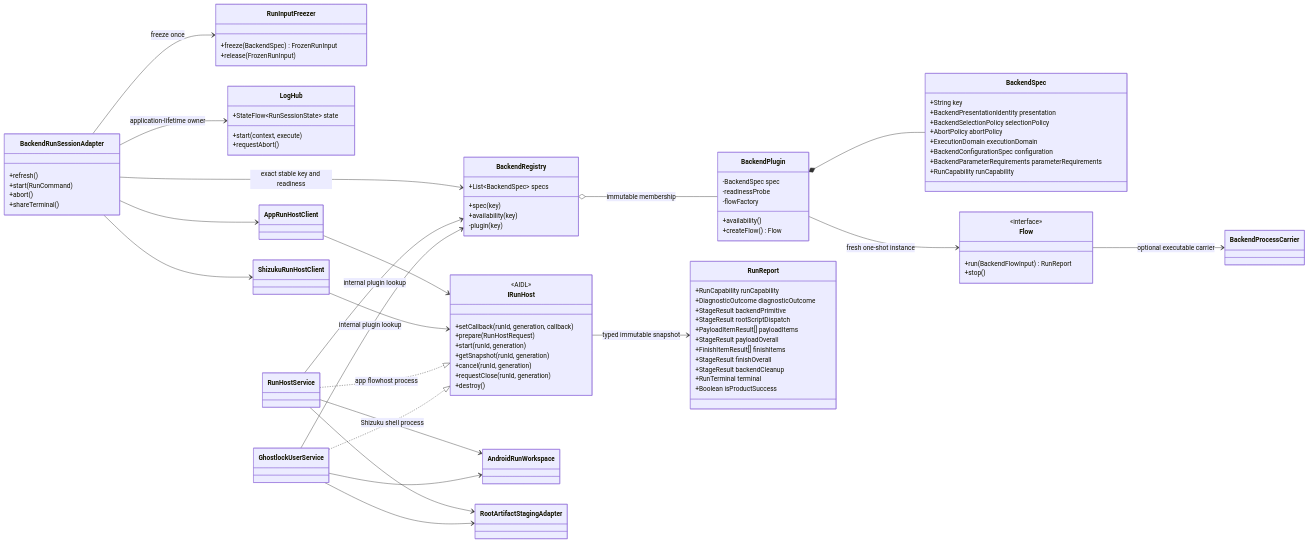
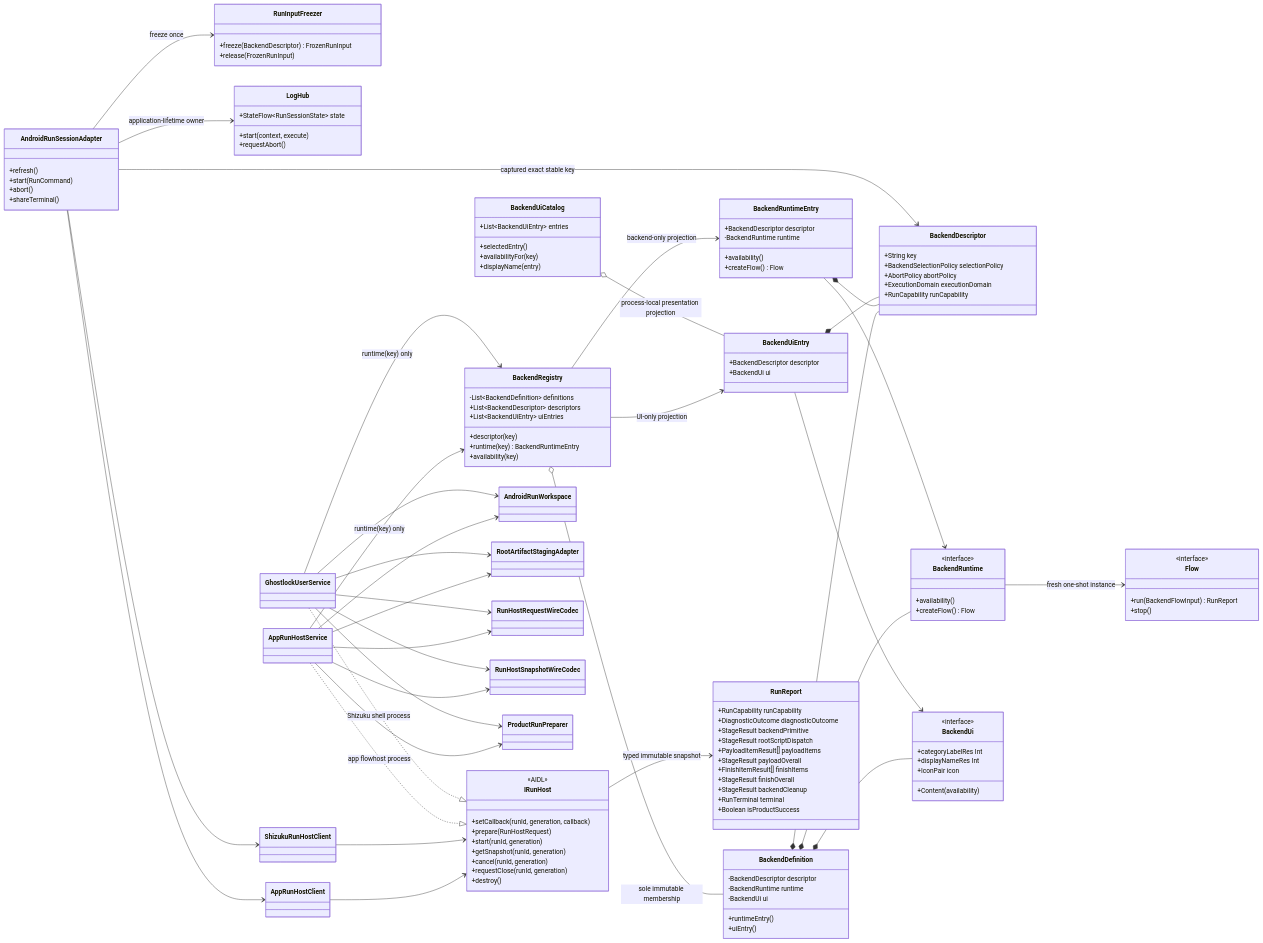
Before and after one commit to YuKongA/ghostlock-app: diagram 41 of 59 in docs/development/full-process-uml.md, drawn with Mermaid. The commit also changed other lines of this file and 276 other files, not shown here.

Commit message:
refactor(app): unify backend runtime and run infrastructure

```diff
--- a/docs/development/full-process-uml.md
+++ b/docs/development/full-process-uml.md
@@ -1337,30 +1396,62 @@
 classDiagram
   direction LR
 
-  class BackendSpec {
+  class BackendDescriptor {
     +String key
-    +BackendPresentationIdentity presentation
     +BackendSelectionPolicy selectionPolicy
     +AbortPolicy abortPolicy
     +ExecutionDomain executionDomain
-    +BackendConfigurationSpec configuration
-    +BackendParameterRequirements parameterRequirements
     +RunCapability runCapability
   }
 
-  class BackendPlugin {
-    -BackendSpec spec
-    -readinessProbe
-    -flowFactory
+  class BackendRuntime {
+    <<interface>>
     +availability()
     +createFlow() Flow
   }
 
+  class BackendRuntimeEntry {
+    +BackendDescriptor descriptor
+    -BackendRuntime runtime
+    +availability()
+    +createFlow() Flow
+  }
+
+  class BackendUi {
+    <<interface>>
+    +categoryLabelRes Int
+    +displayNameRes Int
+    +IconPair icon
+    +Content(availability)
+  }
+
+  class BackendUiEntry {
+    +BackendDescriptor descriptor
+    +BackendUi ui
+  }
+
+  class BackendUiCatalog {
+    +List~BackendUiEntry~ entries
+    +selectedEntry()
+    +availabilityFor(key)
+    +displayName(entry)
+  }
+
+  class BackendDefinition {
+    -BackendDescriptor descriptor
+    -BackendRuntime runtime
+    -BackendUi ui
+    +runtimeEntry()
+    +uiEntry()
+  }
+
   class BackendRegistry {
-    +List~BackendSpec~ specs
-    +spec(key)
+    -List~BackendDefinition~ definitions
+    +List~BackendDescriptor~ descriptors
+    +List~BackendUiEntry~ uiEntries
+    +descriptor(key)
+    +runtime(key) BackendRuntimeEntry
     +availability(key)
-    -plugin(key)
   }
 
   class Flow {
@@ -1370,11 +1461,11 @@
   }
 
   class RunInputFreezer {
-    +freeze(BackendSpec) FrozenRunInput
+    +freeze(BackendDescriptor) FrozenRunInput
     +release(FrozenRunInput)
   }
 
-  class BackendRunSessionAdapter {
+  class AndroidRunSessionAdapter {
     +refresh()
     +start(RunCommand)
     +abort()
@@ -1400,11 +1491,13 @@
 
   class AppRunHostClient
   class ShizukuRunHostClient
-  class RunHostService
+  class AppRunHostService
   class GhostlockUserService
   class AndroidRunWorkspace
   class RootArtifactStagingAdapter
-  class BackendProcessCarrier
+  class RunHostRequestWireCodec
+  class RunHostSnapshotWireCodec
+  class ProductRunPreparer
   class RunReport {
     +RunCapability runCapability
     +DiagnosticOutcome diagnosticOutcome
@@ -1419,24 +1512,38 @@
     +Boolean isProductSuccess
   }
 
-  BackendRegistry o-- BackendPlugin : immutable membership
-  BackendPlugin *-- BackendSpec
-  BackendPlugin --> Flow : fresh one-shot instance
-  BackendRunSessionAdapter --> BackendRegistry : exact stable key and readiness
-  BackendRunSessionAdapter --> RunInputFreezer : freeze once
-  BackendRunSessionAdapter --> LogHub : application-lifetime owner
-  BackendRunSessionAdapter --> AppRunHostClient
-  BackendRunSessionAdapter --> ShizukuRunHostClient
+  BackendRegistry o-- BackendDefinition : sole immutable membership
+  BackendDefinition *-- BackendDescriptor
+  BackendDefinition *-- BackendRuntime
+  BackendDefinition *-- BackendUi
+  BackendRegistry --> BackendRuntimeEntry : backend-only projection
+  BackendRegistry --> BackendUiEntry : UI-only projection
+  BackendRuntimeEntry *-- BackendDescriptor
+  BackendRuntimeEntry --> BackendRuntime
+  BackendUiEntry *-- BackendDescriptor
+  BackendUiEntry --> BackendUi
+  BackendUiCatalog o-- BackendUiEntry : process-local presentation projection
+  BackendRuntime --> Flow : fresh one-shot instance
+  AndroidRunSessionAdapter --> BackendDescriptor : captured exact stable key
+  AndroidRunSessionAdapter --> RunInputFreezer : freeze once
+  AndroidRunSessionAdapter --> LogHub : application-lifetime owner
+  AndroidRunSessionAdapter --> AppRunHostClient
+  AndroidRunSessionAdapter --> ShizukuRunHostClient
   AppRunHostClient --> IRunHost
   ShizukuRunHostClient --> IRunHost
-  RunHostService ..|> IRunHost : app flowhost process
+  AppRunHostService ..|> IRunHost : app flowhost process
   GhostlockUserService ..|> IRunHost : Shizuku shell process
-  RunHostService --> AndroidRunWorkspace
+  AppRunHostService --> AndroidRunWorkspace
   GhostlockUserService --> AndroidRunWorkspace
-  RunHostService --> RootArtifactStagingAdapter
+  AppRunHostService --> RootArtifactStagingAdapter
   GhostlockUserService --> RootArtifactStagingAdapter
-  RunHostService --> BackendRegistry : internal plugin lookup
-  GhostlockUserService --> BackendRegistry : internal plugin lookup
-  Flow --> BackendProcessCarrier : optional executable carrier
+  AppRunHostService --> RunHostRequestWireCodec
+  AppRunHostService --> RunHostSnapshotWireCodec
+  GhostlockUserService --> RunHostRequestWireCodec
+  GhostlockUserService --> RunHostSnapshotWireCodec
+  AppRunHostService --> ProductRunPreparer
+  GhostlockUserService --> ProductRunPreparer
+  AppRunHostService --> BackendRegistry : runtime(key) only
+  GhostlockUserService --> BackendRegistry : runtime(key) only
   IRunHost --> RunReport : typed immutable snapshot
 ~~~
```
